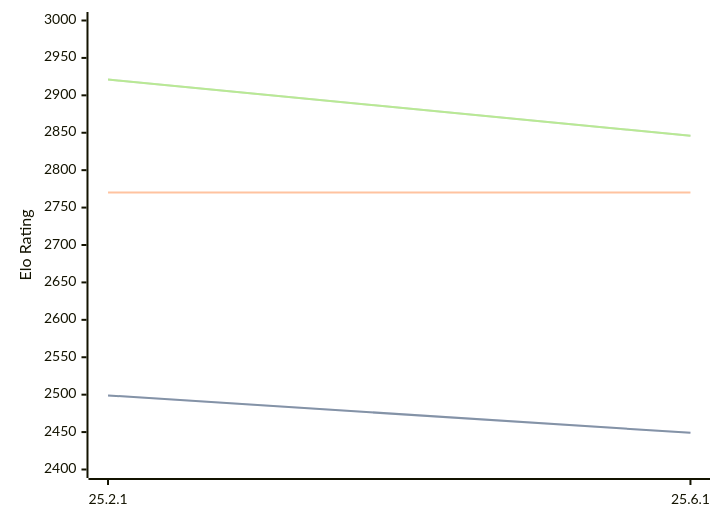
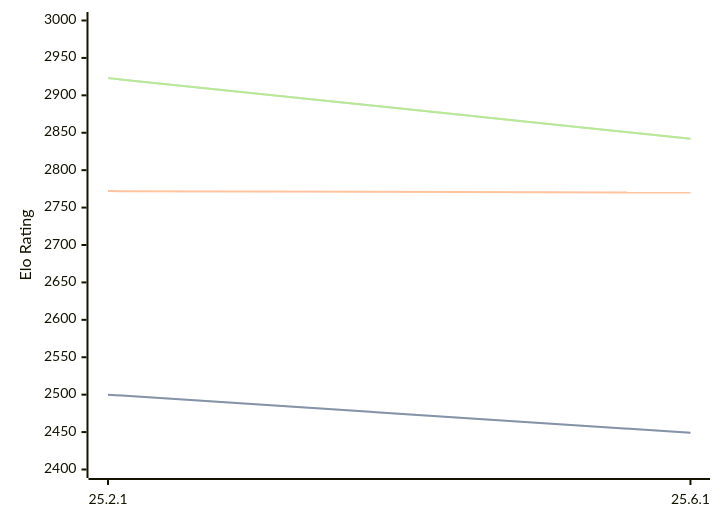
The diagram in engines/Crafty.md (computer-chess-index/cci), drawn with Mermaid before and after one commit. The commit also changed other lines of this file, not shown here.

Commit message:
Update CCI Ratings (ELO VLTC) - 2026-07-25

````diff
--- a/engines/Crafty.md
+++ b/engines/Crafty.md
@@ -32,11 +32,11 @@
 ```mermaid
 %%{init: {"theme":"base","themeVariables":{"seriesColors:['#a3a3a3','#222221','#faa371']}}}%%
 xychart-beta
   x-axis ["25.2.1", "25.6.1"]
   y-axis "Elo Rating" 2400 --> 3000
-  line "STC (8.0+0.08s)" [2499, 2449]
-  line "STC (8.0+0.08s)" [2499, 2449]
-  line "LTC (60.0+0.60s)" [2770, 2770]
-  line "VLTC (2m24s+1.12s)" [2921, 2846]
-  line "VLTC (2m24s+1.12s)" [2921, 2846]
+  line "STC (8.0+0.08s)" [2500, 2449]
+  line "STC (8.0+0.08s)" [2500, 2449]
+  line "LTC (60.0+0.60s)" [2772, 2770]
+  line "VLTC (2m24s+1.12s)" [2923, 2842]
+  line "VLTC (2m24s+1.12s)" [2923, 2842]
 ```
````
